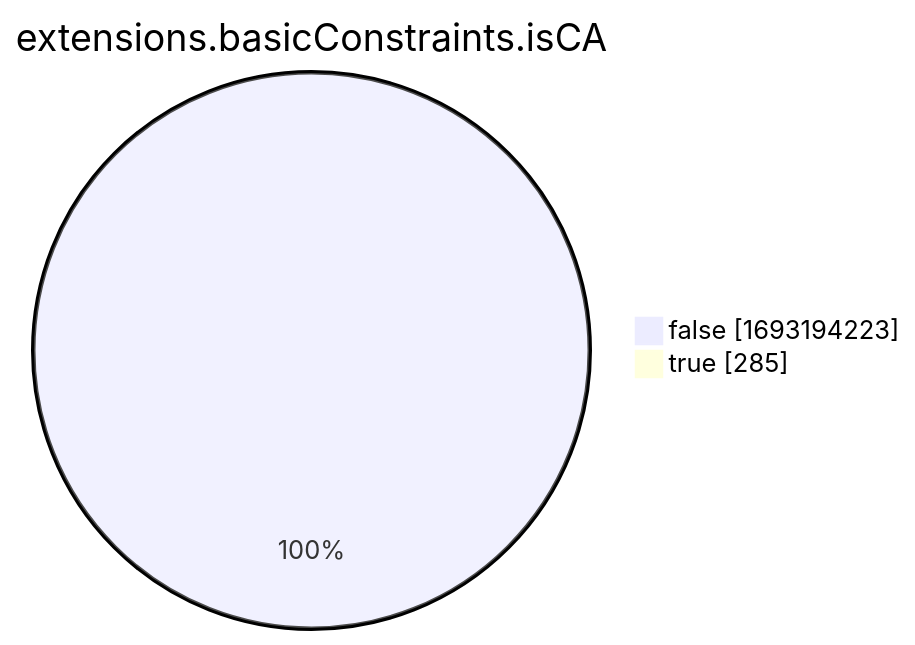
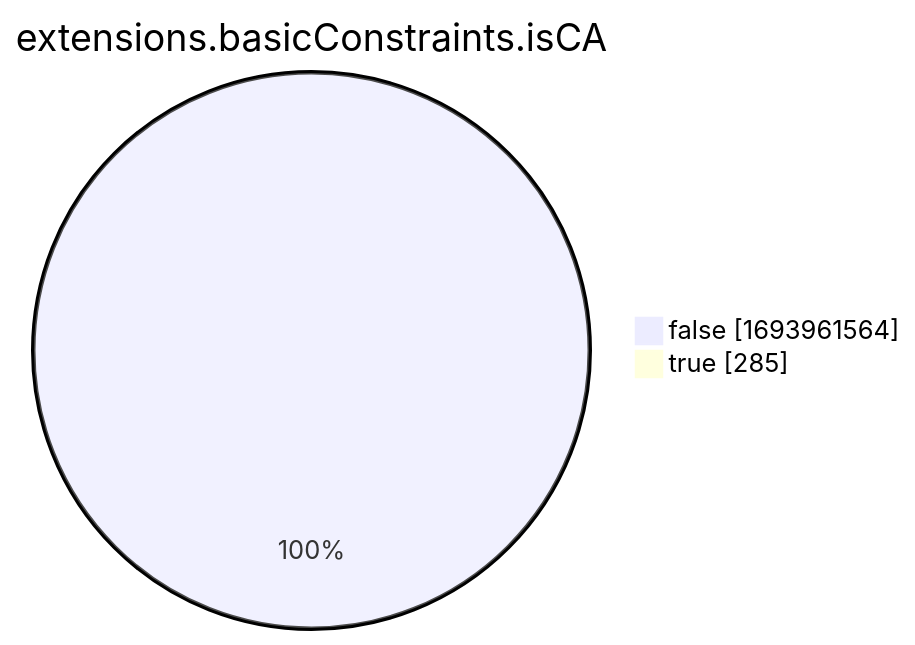
One commit to christiankrug/ctmonitor_visualization changed the eighth of 15 diagrams in xenon2022/README.md. Above: the diagram before and after it, drawn with Mermaid. The commit also changed other lines of this file, not shown here.

````diff
--- a/xenon2022/README.md
+++ b/xenon2022/README.md
@@ -2865,6 +2865,6 @@
 ```mermaid
 pie showData
 title extensions.basicConstraints.isCA
-"false" :1693194223
+"false" :1693961564
 "true" :285
 ```
````
